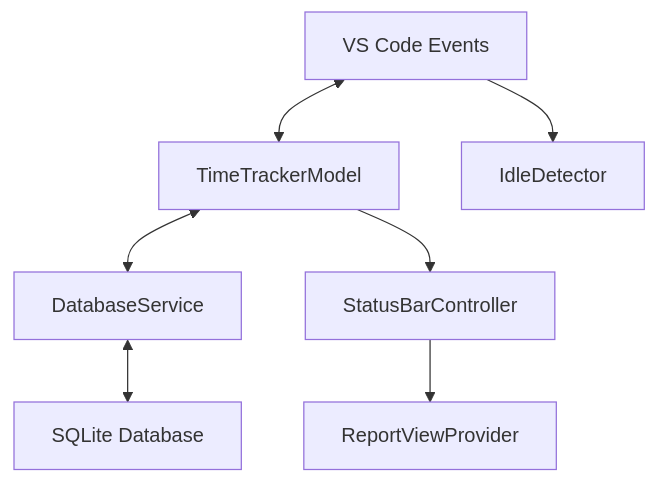
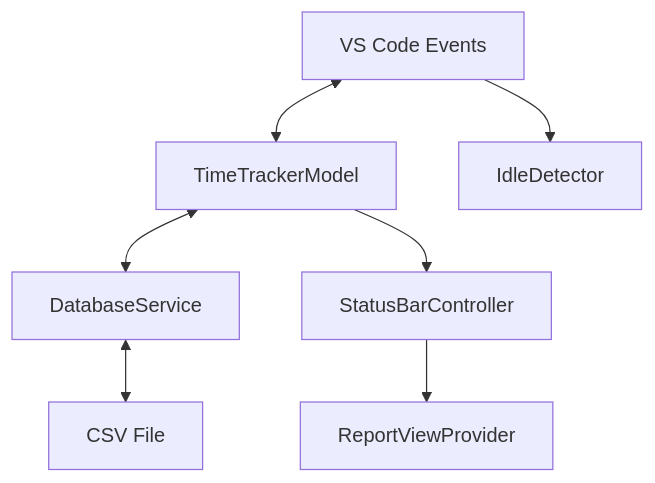
The diagram in INTERNAL_ARCHITECTURE.md (irata-gmbh/vscode-time-tracking), drawn with Mermaid before and after one commit. The commit also changed other lines of this file and 3 other files, not shown here.

Commit message:
refactor: migrate from SQLite to CSV for data storage and update related services

````diff
--- a/INTERNAL_ARCHITECTURE.md
+++ b/INTERNAL_ARCHITECTURE.md
@@ -15,7 +15,7 @@
 ```mermaid
 graph TD
-    A[VS Code Events] <--> B[TimeTrackerModel] <--> C[DatabaseService] <--> D[SQLite Database]
+    A[VS Code Events] <--> B[TimeTrackerModel] <--> C[DatabaseService] <--> D[CSV File]
     A --> E[IdleDetector]
     B --> F[StatusBarController]
     F --> G[ReportViewProvider]
 ```
````
